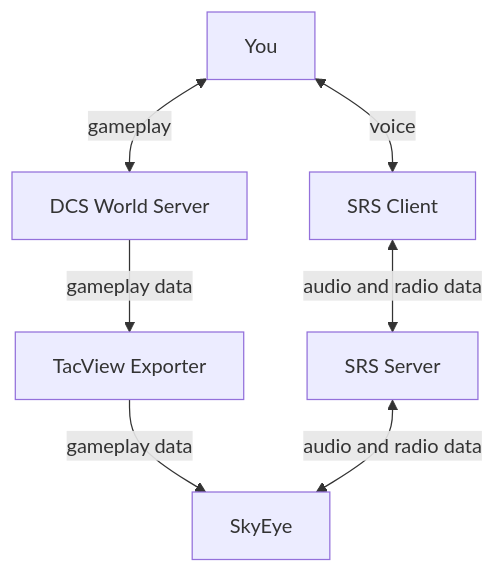
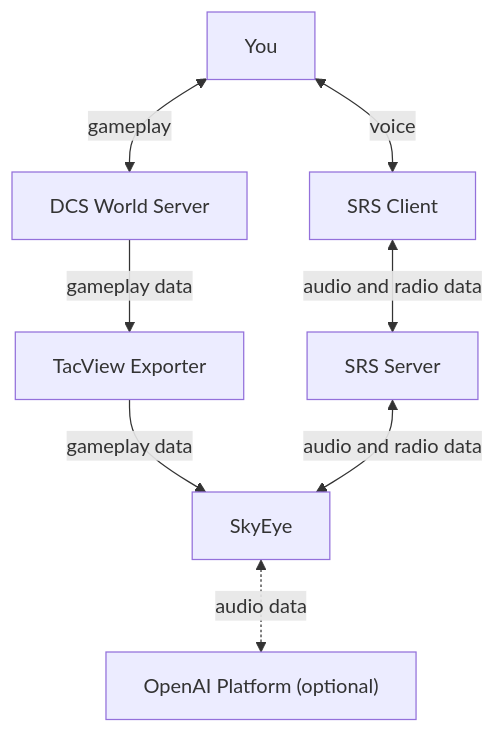
Before and after one commit to dharmab/skyeye: the first of 3 diagrams in docs/PRIVACY.md, drawn with Mermaid. The commit also changed other lines of this file and 14 other files, not shown here.

Commit message:
Add support for OpenAI Audio Transcription API

````diff
--- a/docs/PRIVACY.md
+++ b/docs/PRIVACY.md
@@ -9,9 +9,10 @@
 ```mermaid
 flowchart TD
     dcs[DCS World Server] -->|gameplay data| tacview[TacView Exporter]
     tacview -->|gameplay data| skyeye[SkyEye]
     srs[SRS Server] <-->|audio and radio data| skyeye
+    skyeye <-.->|audio data| openai["OpenAI Platform (optional)"]
     player[You] <-->|gameplay| dcs
     player <-->|voice| src[SRS Client]
     src <-->|audio and radio data| srs
 ```
````
